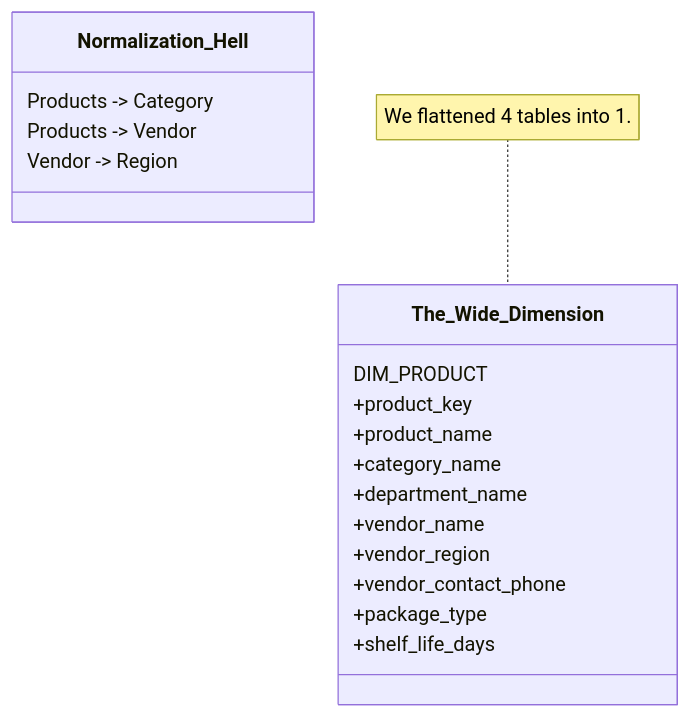
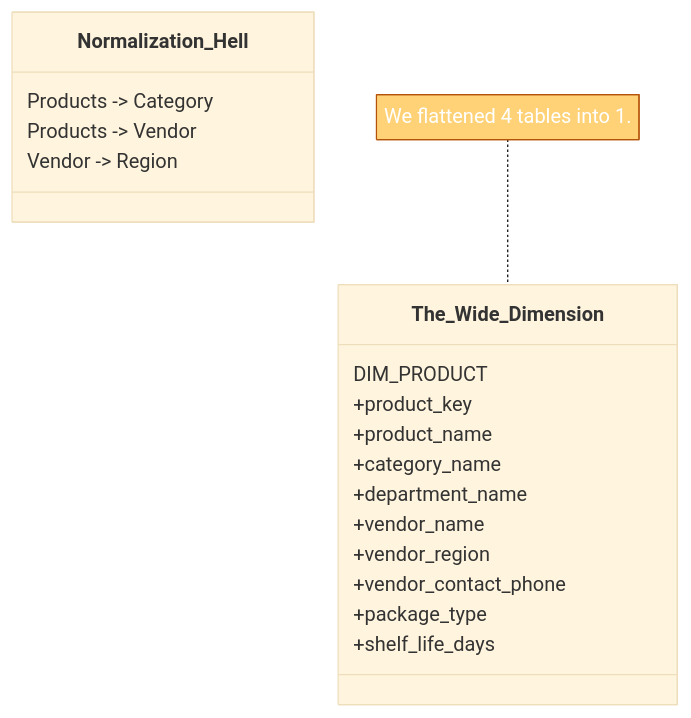
Before and after one commit to OpenConduit/curriculum: the second of 3 diagrams in docs/databases_and_sql/dimensional_modeling/3_the_context.md, drawn with Mermaid. The commit also changed other lines of this file and 2 other files, not shown here.

Commit message:
Added module 4 and quiz.

````diff
--- a/docs/databases_and_sql/dimensional_modeling/3_the_context.md
+++ b/docs/databases_and_sql/dimensional_modeling/3_the_context.md
@@ -130,23 +130,33 @@
 ```mermaid
+%%{
+  init: {
+    'theme': 'base',
+    'themeVariables': {
+      'noteBkgColor': 'rgba(255, 170, 0, 0.53)',
+      'noteTextColor': '#FFFFFF',
+      'noteBorderColor': '#B45309'
+    }
+  }
+}%%
 classDiagram
     class Normalization_Hell {
         Products -> Category
         Products -> Vendor
         Vendor -> Region
     }
     
     class The_Wide_Dimension {
         DIM_PRODUCT
         +product_key
         +product_name
         +category_name
         +department_name
         +vendor_name
         +vendor_region
         +vendor_contact_phone
         +package_type
         +shelf_life_days
     }
     
     note for The_Wide_Dimension "We flattened 4 tables into 1."
 ```
````
